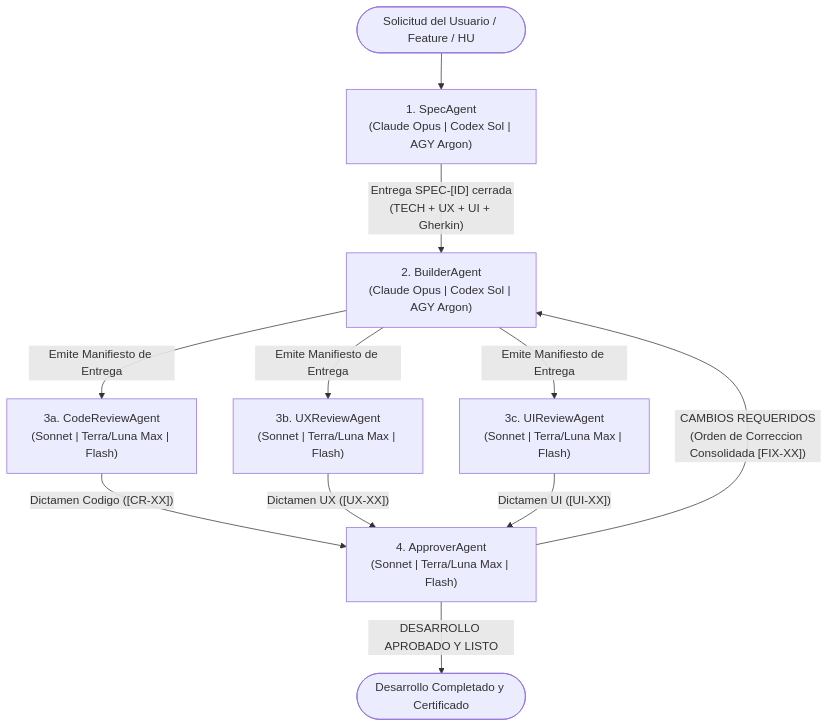
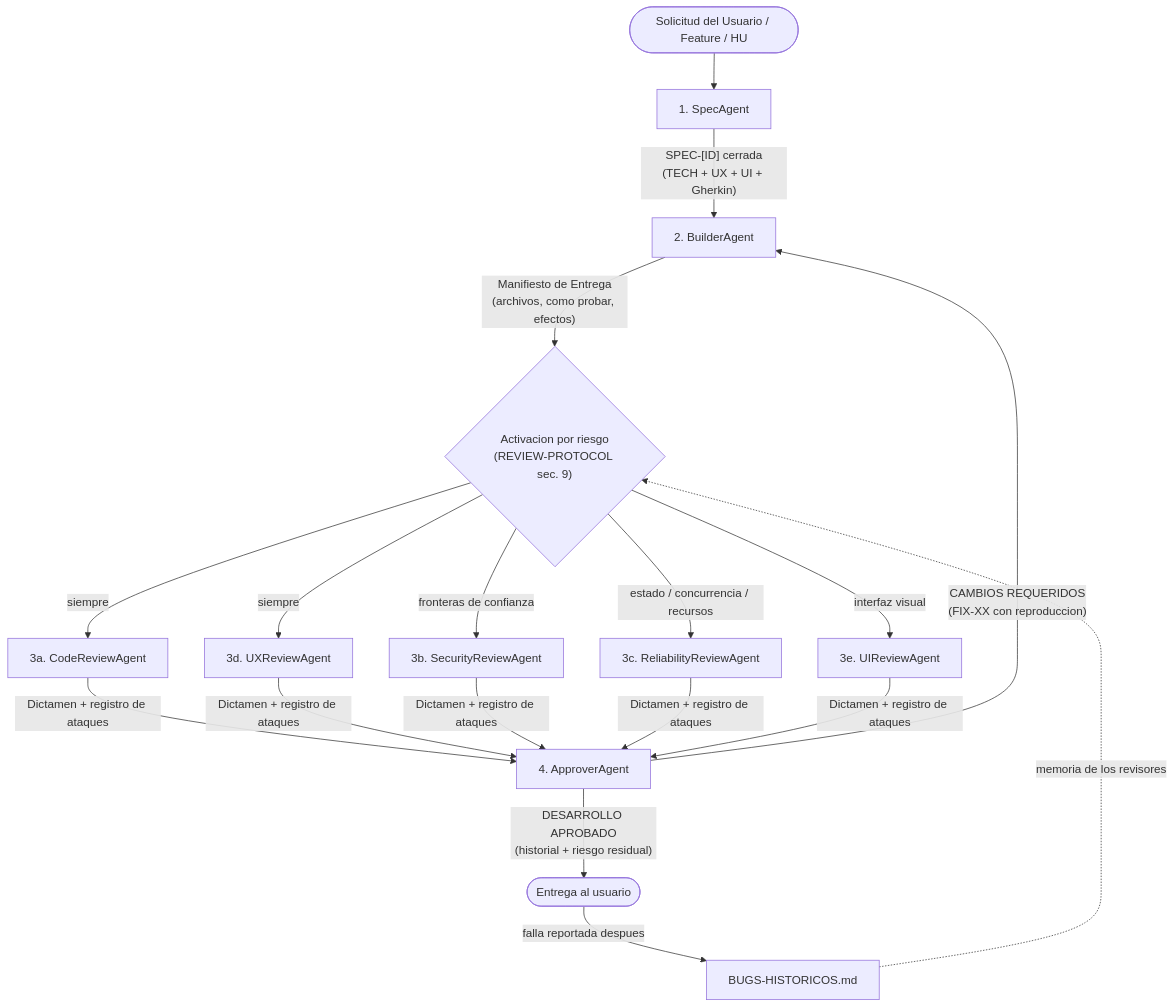
One commit to Decav/JefeProyectos changed the diagram in agents/README.md. Above: the diagram before and after it, drawn with Mermaid. The commit also changed other lines of this file and 15 other files, not shown here.

First line of the commit message:
Rewrite SDD review flow: adversarial reviewers that execute and test

````diff
--- a/agents/README.md
+++ b/agents/README.md
@@ -28,16 +36,24 @@
 ```mermaid
 flowchart TD
-    User(["Solicitud del Usuario / Feature / HU"]) --> Spec["1. SpecAgent\n(Claude Opus | Codex Sol | AGY Argon)"]
-    Spec -- "Entrega SPEC-[ID] cerrada\n(TECH + UX + UI + Gherkin)" --> Builder["2. BuilderAgent\n(Claude Opus | Codex Sol | AGY Argon)"]
-    
-    Builder -- "Emite Manifiesto de Entrega" --> CR["3a. CodeReviewAgent\n(Sonnet | Terra/Luna Max | Flash)"]
-    Builder -- "Emite Manifiesto de Entrega" --> UXR["3b. UXReviewAgent\n(Sonnet | Terra/Luna Max | Flash)"]
-    Builder -- "Emite Manifiesto de Entrega" --> UIR["3c. UIReviewAgent\n(Sonnet | Terra/Luna Max | Flash)"]
+    User(["Solicitud del Usuario / Feature / HU"]) --> Spec["1. SpecAgent"]
+    Spec -- "SPEC-[ID] cerrada\n(TECH + UX + UI + Gherkin)" --> Builder["2. BuilderAgent"]
 
-    CR -- "Dictamen Codigo ([CR-XX])" --> Approver["4. ApproverAgent\n(Sonnet | Terra/Luna Max | Flash)"]
-    UXR -- "Dictamen UX ([UX-XX])" --> Approver
-    UIR -- "Dictamen UI ([UI-XX])" --> Approver
+    Builder -- "Manifiesto de Entrega\n(archivos, como probar, efectos)" --> Route{"Activacion por riesgo\n(REVIEW-PROTOCOL sec. 9)"}
 
-    Approver -- "CAMBIOS REQUERIDOS\n(Orden de Correccion Consolidada [FIX-XX])" --> Builder
-    Approver -- "DESARROLLO APROBADO Y LISTO" --> Done(["Desarrollo Completado y Certificado"])
+    Route -- "siempre" --> CR["3a. CodeReviewAgent"]
+    Route -- "siempre" --> UXR["3d. UXReviewAgent"]
+    Route -- "fronteras de confianza" --> SEC["3b. SecurityReviewAgent"]
+    Route -- "estado / concurrencia / recursos" --> REL["3c. ReliabilityReviewAgent"]
+    Route -- "interfaz visual" --> UIR["3e. UIReviewAgent"]
+
+    CR -- "Dictamen + registro de ataques" --> Approver["4. ApproverAgent"]
+    UXR -- "Dictamen + registro de ataques" --> Approver
+    SEC -- "Dictamen + registro de ataques" --> Approver
+    REL -- "Dictamen + registro de ataques" --> Approver
+    UIR -- "Dictamen + registro de ataques" --> Approver
+
+    Approver -- "CAMBIOS REQUERIDOS\n(FIX-XX con reproduccion)" --> Builder
+    Approver -- "DESARROLLO APROBADO\n(historial + riesgo residual)" --> Done(["Entrega al usuario"])
+    Done -- "falla reportada despues" --> Bugs["BUGS-HISTORICOS.md"]
+    Bugs -. "memoria de los revisores" .-> Route
 ```
````
